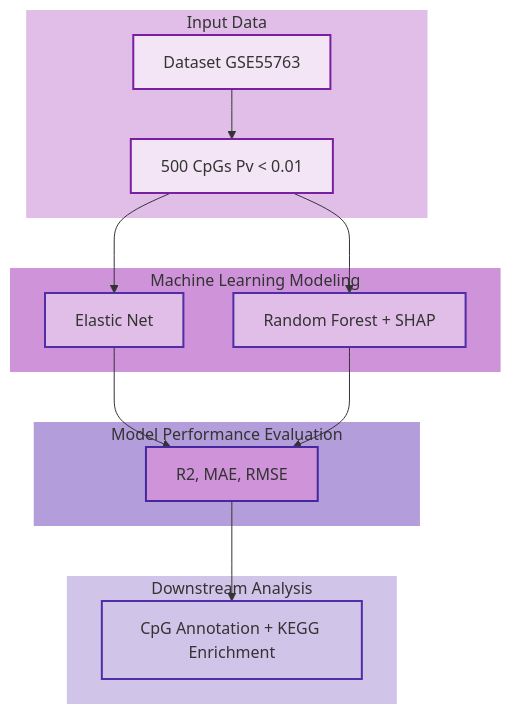
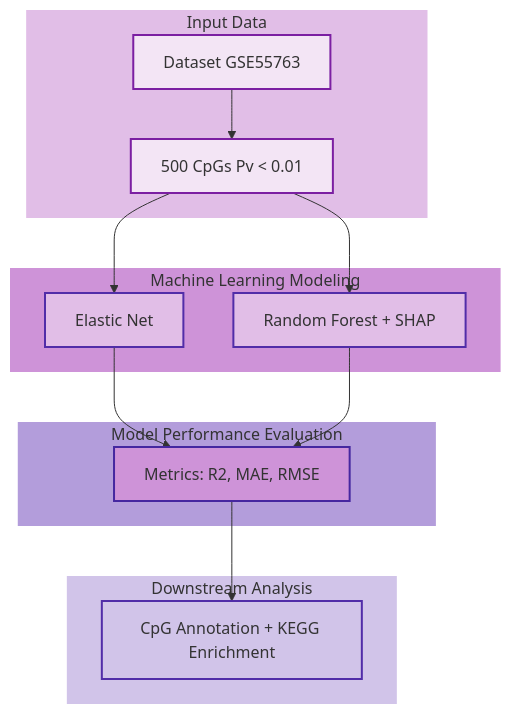
The diagram in README.md (Magal88/BINF7700_Capstone_Eisik_Magali), drawn with Mermaid before and after one commit.

Commit message:
Update evaluation metrics section in README

````diff
--- a/README.md
+++ b/README.md
@@ -10,43 +10,43 @@
 ```mermaid
 flowchart TD
     %% Input
     subgraph InputSection [Input Data]
         A[Dataset GSE55763]
         B[500 CpGs Pv &lt; 0.01]
         A --> B
     end
 
     %% Machine Learning Modeling
     subgraph MLSection [Machine Learning Modeling]
         C[Elastic Net]
         D[Random Forest + SHAP]
         B --> C
         B --> D
     end
 
     %% Model Performance Evaluation
     subgraph EvalSection [Model Performance Evaluation]
-        E[R2, MAE, RMSE]
+        E[Metrics: R2, MAE, RMSE]
         C --> E
         D --> E
     end
 
     %% Downstream Analysis
     subgraph DownstreamSection [Downstream Analysis]
         F[CpG Annotation + KEGG Enrichment]
         E --> F
     end
 
     %% Styles
     style InputSection fill:#e1bee7,stroke:#7b1fa2,stroke-width:0px
     style MLSection fill:#ce93d8,stroke:#512da8,stroke-width:0px
     style EvalSection fill:#b39ddb,stroke:#4527a0,stroke-width:0px
     style DownstreamSection fill:#d1c4e9,stroke:#512da8,stroke-width:0px
 
     style A fill:#f3e5f5,stroke:#7b1fa2,stroke-width:2px
     style B fill:#f3e5f5,stroke:#7b1fa2,stroke-width:2px
     style C fill:#e1bee7,stroke:#512da8,stroke-width:2px
     style D fill:#e1bee7,stroke:#512da8,stroke-width:2px
     style E fill:#ce93d8,stroke:#4527a0,stroke-width:2px
     style F fill:#d1c4e9,stroke:#512da8,stroke-width:2px
 ```
````
